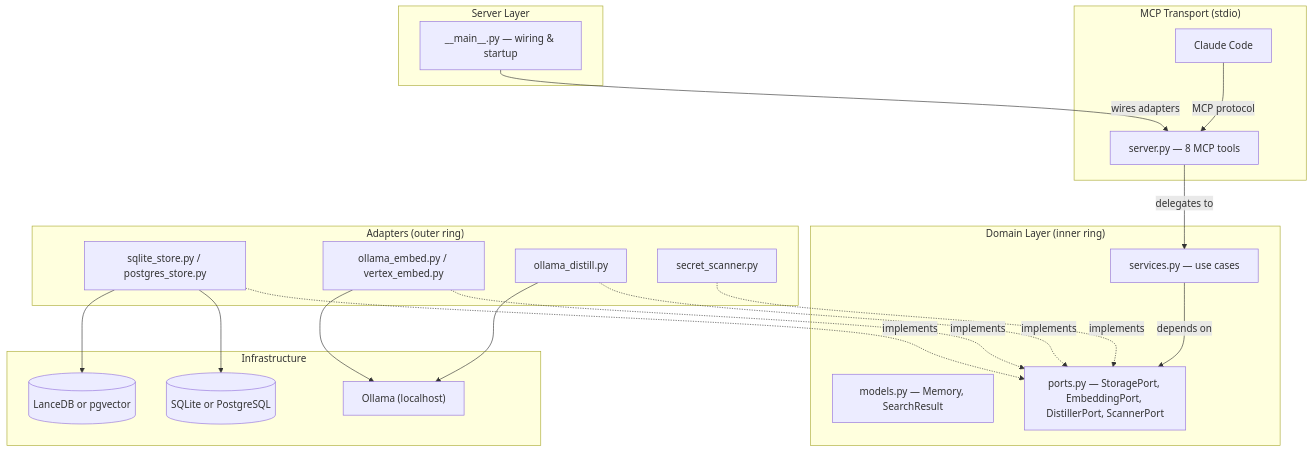
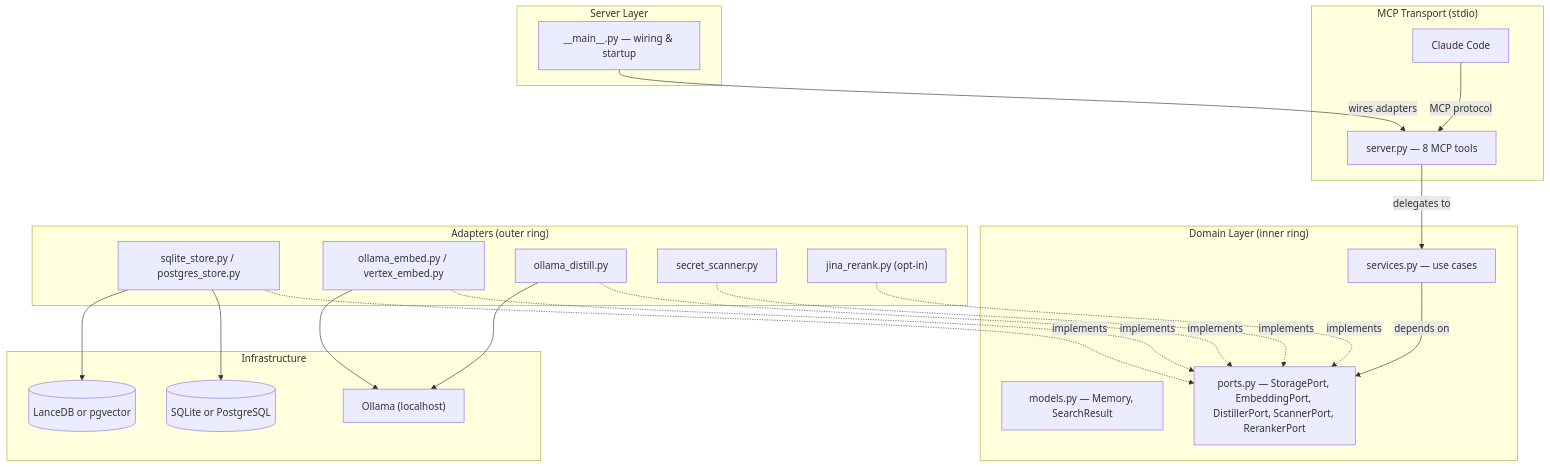
The diagram in docs/explanation/architecture.md (5queezer/distill), drawn with Mermaid before and after one commit. The commit also changed other lines of this file and 9 other files, not shown here.

````diff
--- a/docs/explanation/architecture.md
+++ b/docs/explanation/architecture.md
@@ -11,42 +11,44 @@
 ```mermaid
 graph TB
     subgraph "MCP Transport (stdio)"
         CC[Claude Code] -->|MCP protocol| SRV
     end
 
     subgraph "Server Layer"
         SRV["server.py — 8 MCP tools"]
         MAIN["__main__.py — wiring & startup"]
     end
 
     subgraph "Domain Layer (inner ring)"
         SVC["services.py — use cases"]
         MDL["models.py — Memory, SearchResult"]
-        PRT["ports.py — StoragePort, EmbeddingPort, DistillerPort, ScannerPort"]
+        PRT["ports.py — StoragePort, EmbeddingPort, DistillerPort, ScannerPort, RerankerPort"]
     end
 
     subgraph "Adapters (outer ring)"
         SQL["sqlite_store.py / postgres_store.py"]
         EMB["ollama_embed.py / vertex_embed.py"]
         DST["ollama_distill.py"]
         SCN["secret_scanner.py"]
+        RRK["jina_rerank.py (opt-in)"]
     end
 
     subgraph "Infrastructure"
         OLLAMA["Ollama (localhost)"]
         DB[(SQLite or PostgreSQL)]
         VEC[(LanceDB or pgvector)]
     end
 
     MAIN -->|wires adapters| SRV
     SRV -->|delegates to| SVC
     SVC -->|depends on| PRT
     SQL -.->|implements| PRT
     EMB -.->|implements| PRT
     DST -.->|implements| PRT
     SCN -.->|implements| PRT
+    RRK -.->|implements| PRT
     DST --> OLLAMA
     EMB --> OLLAMA
     SQL --> DB
     SQL --> VEC
 ```
````
